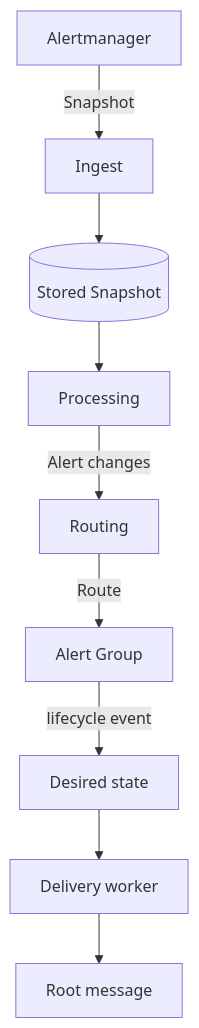
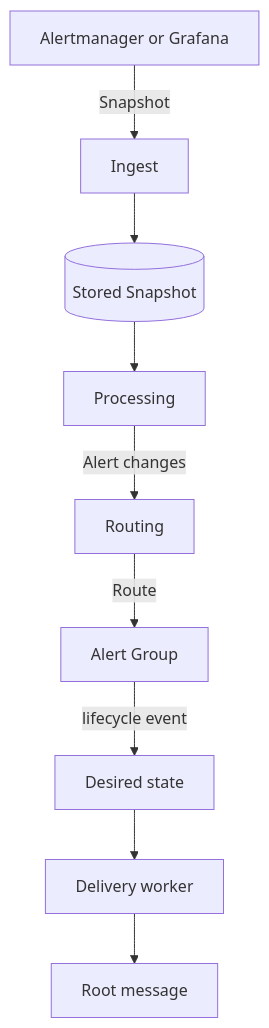
One commit to muster-io/muster changed the diagram in docs/concepts/snapshot-semantics.md. Above: the diagram before and after it, drawn with Mermaid. The commit also changed other lines of this file and 30 other files, not shown here.

Commit message:
feat(ingest): take Snapshots from Grafana Alerting's webhook contact point (#305)

````diff
--- a/docs/concepts/snapshot-semantics.md
+++ b/docs/concepts/snapshot-semantics.md
@@ -17,11 +19,11 @@
 ```mermaid
 flowchart TD
-  am["Alertmanager"] -- "Snapshot" --> ingest["Ingest"]
+  am["Alertmanager or Grafana"] -- "Snapshot" --> ingest["Ingest"]
   ingest --> stored[("Stored Snapshot")]
   stored --> processing["Processing"]
   processing -- "Alert changes" --> routing["Routing"]
   routing -- "Route" --> groups["Alert Group"]
   groups -- "lifecycle event" --> desired["Desired state"]
   desired --> worker["Delivery worker"]
   worker --> root["Root message"]
 ```
````
